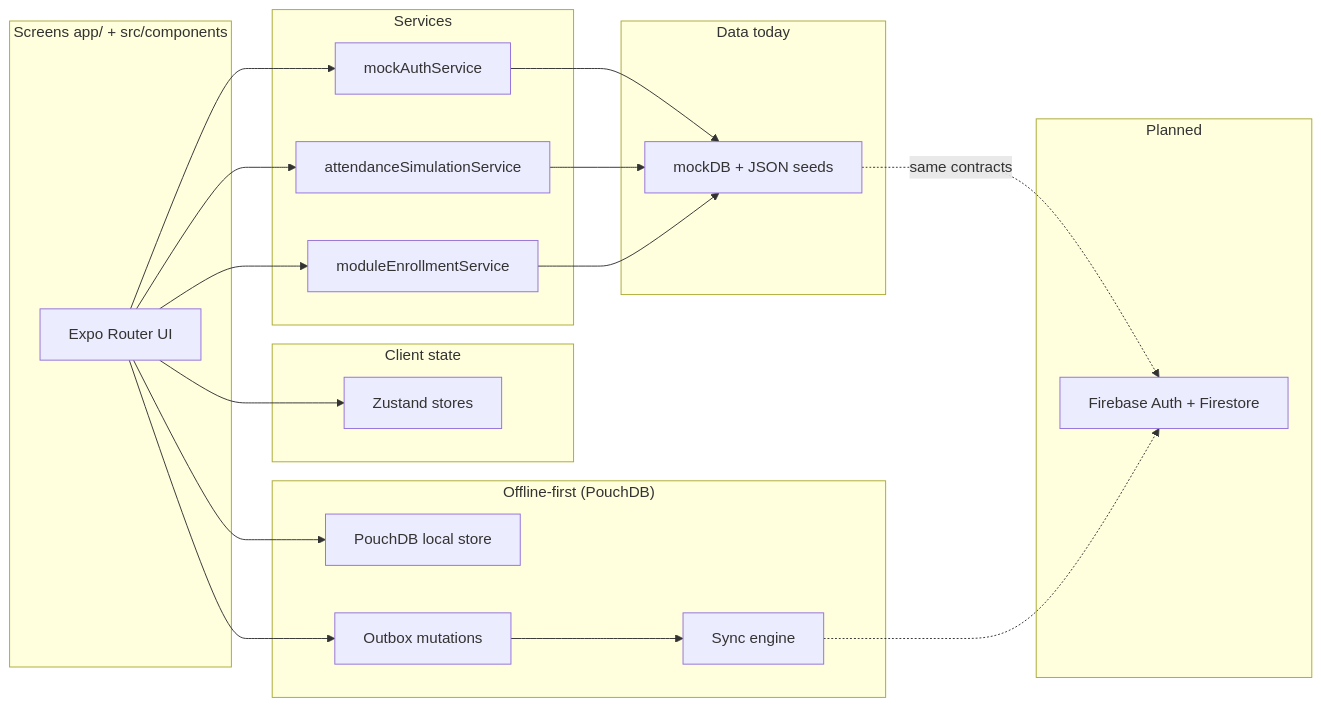
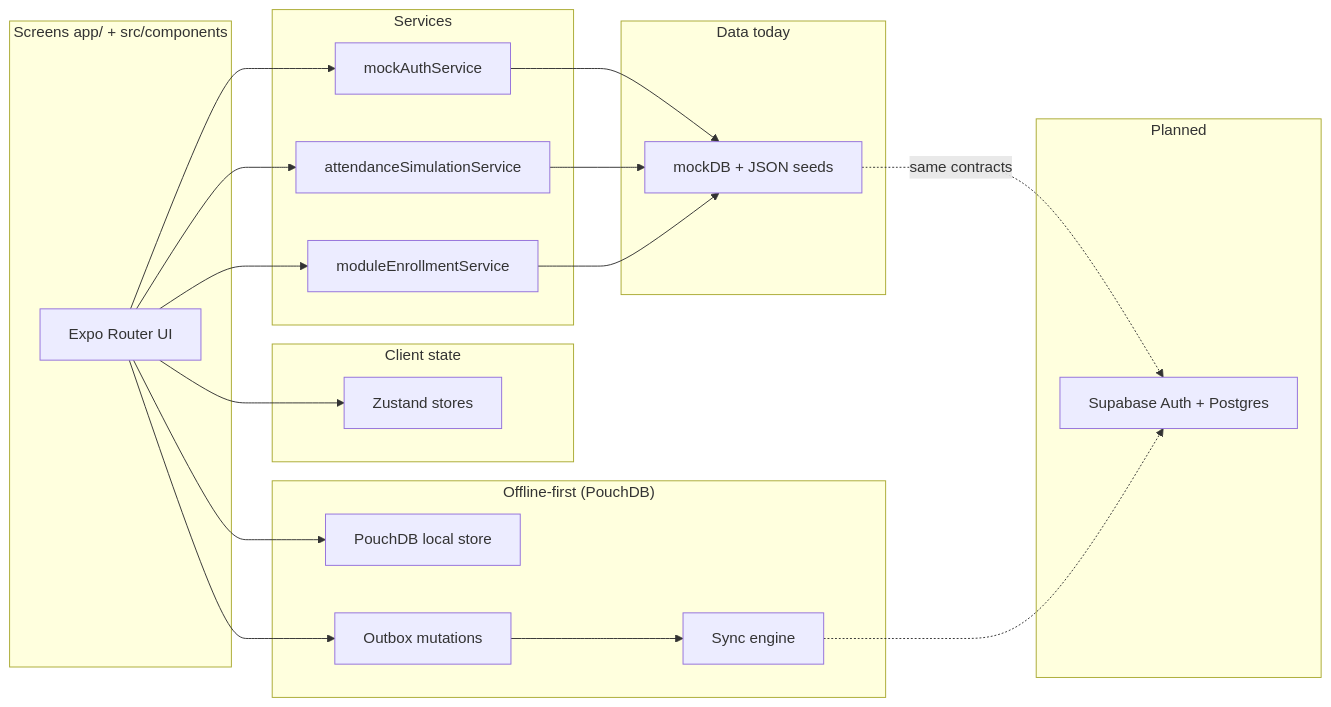
One commit to answer-mthombe/STARS_LITE changed the third of 3 diagrams in README.md. Above: the diagram before and after it, drawn with Mermaid. The commit also changed other lines of this file and 62 other files, not shown here.

````diff
--- a/README.md
+++ b/README.md
@@ -126,43 +126,43 @@
 ```mermaid
 flowchart LR
   subgraph ui["Screens app/ + src/components"]
     UI[Expo Router UI]
   end
 
   subgraph state["Client state"]
     Z[Zustand stores]
   end
 
   subgraph services["Services"]
     AUTH[mockAuthService]
     ATT[attendanceSimulationService]
     MOD[moduleEnrollmentService]
   end
 
   subgraph data["Data today"]
     MDB["mockDB + JSON seeds"]
   end
 
   subgraph future["Planned"]
-    FB[Firebase Auth + Firestore]
+    SB[Supabase Auth + Postgres]
   end
 
   subgraph offline["Offline-first (PouchDB)"]
     PDB[PouchDB local store]
     OUT[Outbox mutations]
     SYNC[Sync engine]
   end
 
   UI --> Z
   UI --> AUTH
   UI --> ATT
   UI --> MOD
   AUTH --> MDB
   ATT --> MDB
   MOD --> MDB
-  MDB -.->|same contracts| FB
+  MDB -.->|same contracts| SB
   UI --> PDB
   UI --> OUT
   OUT --> SYNC
-  SYNC -.-> FB
+  SYNC -.-> SB
 ```
````
